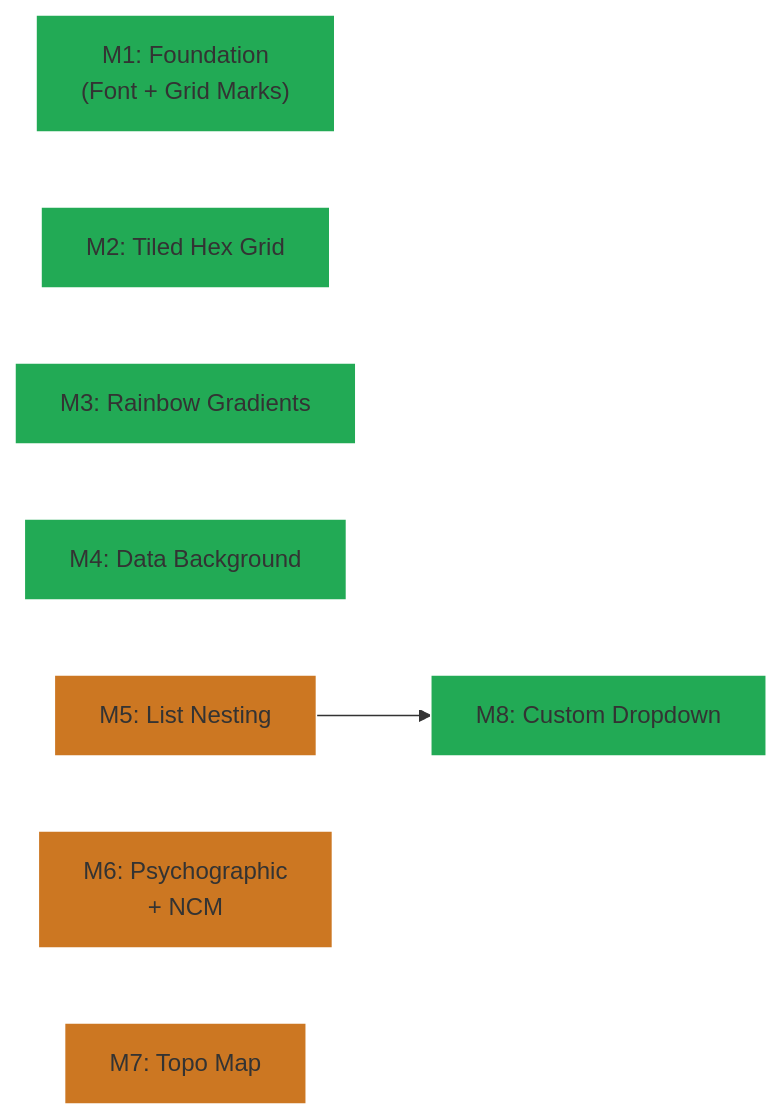
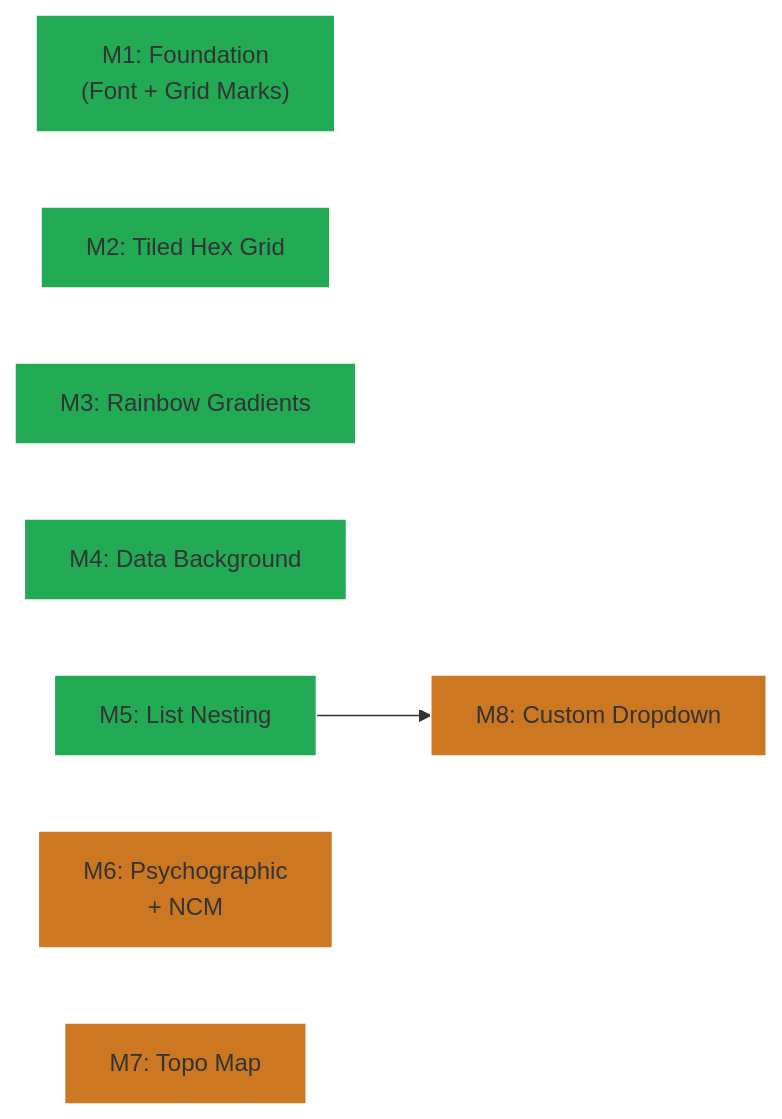
Before and after one commit to Texarkanine/nervouscsstem: the diagram in memory-bank/active/milestones.md, drawn with Mermaid. The commit also changed other lines of this file and 5 other files, not shown here.

````diff
--- a/memory-bank/active/milestones.md
+++ b/memory-bank/active/milestones.md
@@ -15,22 +15,22 @@
 ```mermaid
 graph LR
     M1["M1: Foundation<br>(Font + Grid Marks)"]
     M2["M2: Tiled Hex Grid"]
     M3["M3: Rainbow Gradients"]
     M4["M4: Data Background"]
     M5["M5: List Nesting"]
     M6["M6: Psychographic<br>+ NCM"]
     M7["M7: Topo Map"]
     M8["M8: Custom Dropdown"]
 
     M5 --> M8
 
     style M1 fill:#2a5,stroke:#fff
     style M2 fill:#2a5,stroke:#fff
     style M3 fill:#2a5,stroke:#fff
     style M4 fill:#2a5,stroke:#fff
-    style M5 fill:#c72,stroke:#fff
+    style M5 fill:#2a5,stroke:#fff
     style M6 fill:#c72,stroke:#fff
     style M7 fill:#c72,stroke:#fff
-    style M8 fill:#2a5,stroke:#fff
+    style M8 fill:#c72,stroke:#fff
 ```
````
